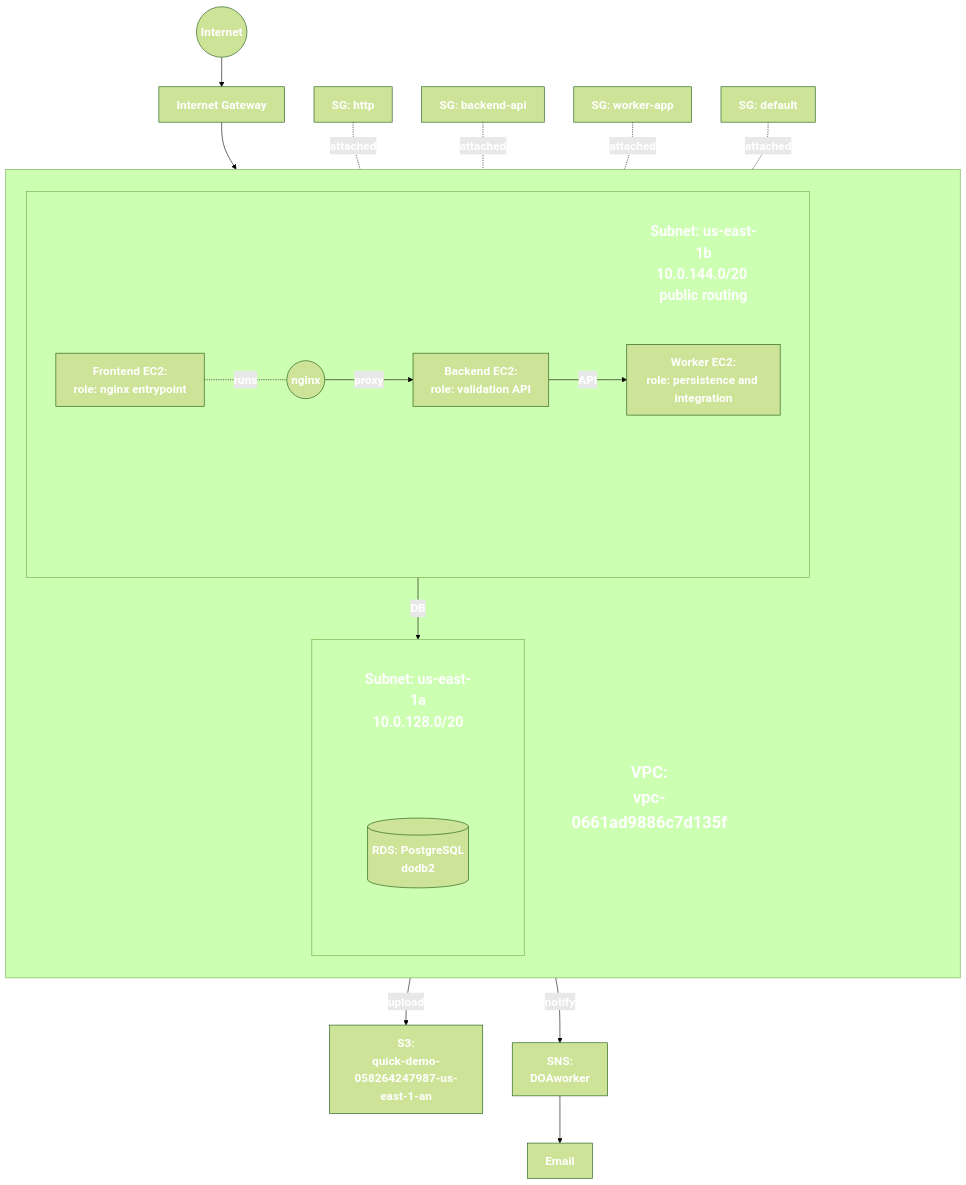
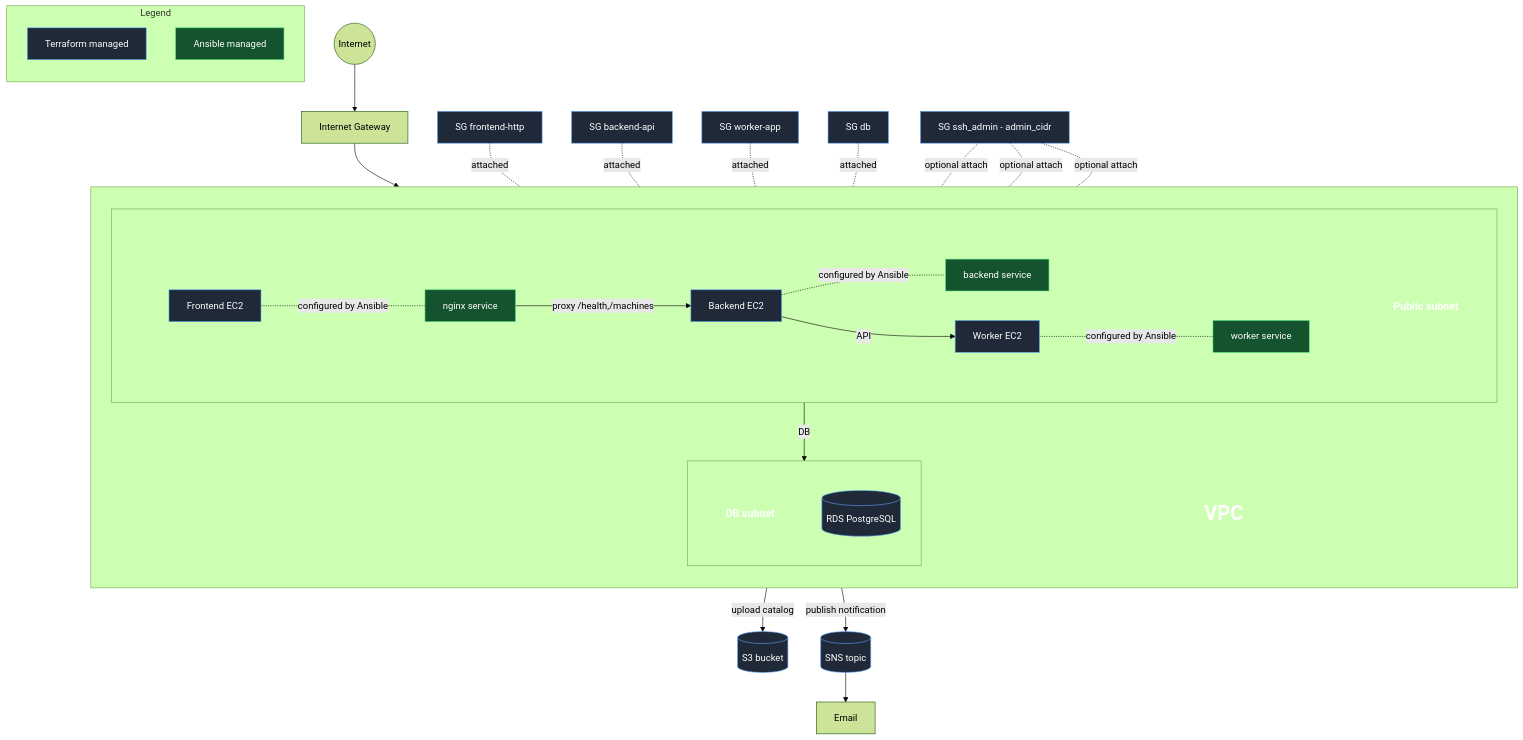
The diagram in README.md (ZeR0W1/DevOpsProject1), drawn with Mermaid (forest theme) before and after one commit. The commit also changed other lines of this file and 18 other files, not shown here.

Commit message:
Finalize infra/app orchestration, docs, and deployment validation notes

````diff
--- a/README.md
+++ b/README.md
@@ -93,63 +109,78 @@
 ```mermaid
 flowchart TD
+    %% In-chart legend (top-left)
+    subgraph Legend[Legend]
+        direction TB
+        Ltf[Terraform managed]
+        Lans[Ansible managed]
+    end
+
     Internet((Internet)) --> IGW[Internet Gateway]
 
     subgraph VPC[ ]
         direction TB
-        VPCTitle[VPC:<br/>vpc-0661ad9886c7d135f]
-        VPCPadLeft[ ]
-        VPCPadRight[ ]
+
+        VpcLabel[VPC]
 
         subgraph Net1[ ]
-            direction LR
-            Net1Title[Subnet: us-east-1b<br/>10.0.144.0/20 public routing]
-            Net1PadLeft[ ]
-            Front[Frontend EC2:<br/>role: nginx entrypoint]
-            nginx((nginx))
-            Back[Backend EC2:<br/>role: validation API]
-            Worker[Worker EC2:<br/>role: persistence and integration]
-            Net1PadRight[ ]
-            Net1PadFarRight[ ]
+            direction TB
+            subgraph Net1Row[ ]
+                direction LR
+                Front[Frontend EC2]
+                Back[Backend EC2]
+                Worker[Worker EC2]
+                Nginx[nginx service]
+                BackSvc[backend service]
+                WorkerSvc[worker service]
+            end
+            PubLabel[Public subnet]
         end
 
         subgraph Net2[ ]
-            direction LR
-            Net2Title[Subnet: us-east-1a<br/>10.0.128.0/20]
-            Net2PadLeft[ ]
-            RDS[(RDS: PostgreSQL<br/>dodb2)]
-            Net2PadRight[ ]
+            direction TB
+            DbLabel[DB subnet]
+            RDS[(RDS PostgreSQL)]
         end
-
-        VPCPadBottom[ ]
     end
 
-    S3[S3:<br/>quick-demo-058264247987-us-east-1-an]
-    SNS[SNS:<br/>DOAworker]
+    S3[(S3 bucket)]
+    SNS[(SNS topic)]
     Email[Email]
-    SGHttp[SG: http]
-    SGBack[SG: backend-api]
-    SGWorker[SG: worker-app]
-    SGRds[SG: default]
+    SGHttp[SG frontend-http]
+    SGBack[SG backend-api]
+    SGWorker[SG worker-app]
+    SGDb[SG db]
+    SgSsh[SG ssh_admin - admin_cidr]
 
     IGW --> Front
-    Front -.runs.- nginx
-    nginx -->|proxy| Back
+    Front -.configured by Ansible.- Nginx
+    Back -.configured by Ansible.- BackSvc
+    Worker -.configured by Ansible.- WorkerSvc
+
+    Nginx -->|proxy /health,/machines| Back
     Back -->|API| Worker
     Worker -->|DB| RDS
-    Worker -->|upload| S3
-    Worker -->|notify| SNS
+    Worker -->|upload catalog| S3
+    Worker -->|publish notification| SNS
     SNS --> Email
 
     SGHttp -.attached.- Front
     SGBack -.attached.- Back
     SGWorker -.attached.- Worker
-    SGRds -.attached.- RDS
+    SGDb -.attached.- RDS
+    SgSsh -.optional attach.- Front
+    SgSsh -.optional attach.- Back
+    SgSsh -.optional attach.- Worker
 
+    classDef tf fill:#1f2937,stroke:#60a5fa,color:#fff;
+    classDef ans fill:#14532d,stroke:#4ade80,color:#fff;
+    classDef title fill:none,stroke:none,color:#ffffff,font-size:34px,font-weight:bold;
+    classDef sublabel fill:none,stroke:none,color:#ffffff,font-size:18px,font-weight:bold;
     classDef invis fill:none,stroke:none,color:transparent;
-    classDef label fill:none,stroke:none,color:#ffffff,font-weight:bold,font-size:20px;
-    class VPCPadLeft,VPCPadRight,VPCPadBottom,Net1PadLeft,Net1PadRight,Net1PadFarRight,Net2PadLeft,Net2PadRight invis;
-    class VPCTitle,Net1Title,Net2Title label;
-    style VPCTitle fill:none,stroke:none,color:#ffffff,font-size:28px,font-weight:bold;
-    style Net1Title fill:none,stroke:none,color:#ffffff,font-size:24px,font-weight:bold;
-    style Net2Title fill:none,stroke:none,color:#ffffff,font-size:24px,font-weight:bold;
+
+    class Ltf,Front,Back,Worker,RDS,S3,SNS,SGHttp,SGBack,SGWorker,SGDb,SgSsh tf;
+    class Lans,Nginx,BackSvc,WorkerSvc ans;
+    class VpcLabel title;
+    class PubLabel,DbLabel sublabel;
+    class Net1Row invis;
 ```
````
